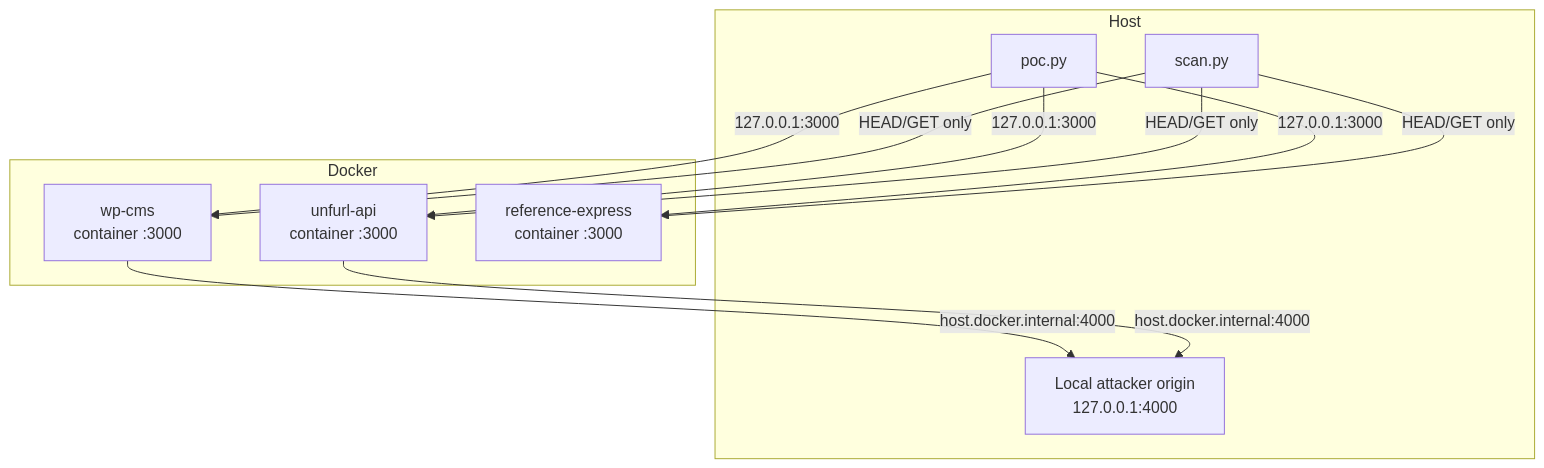
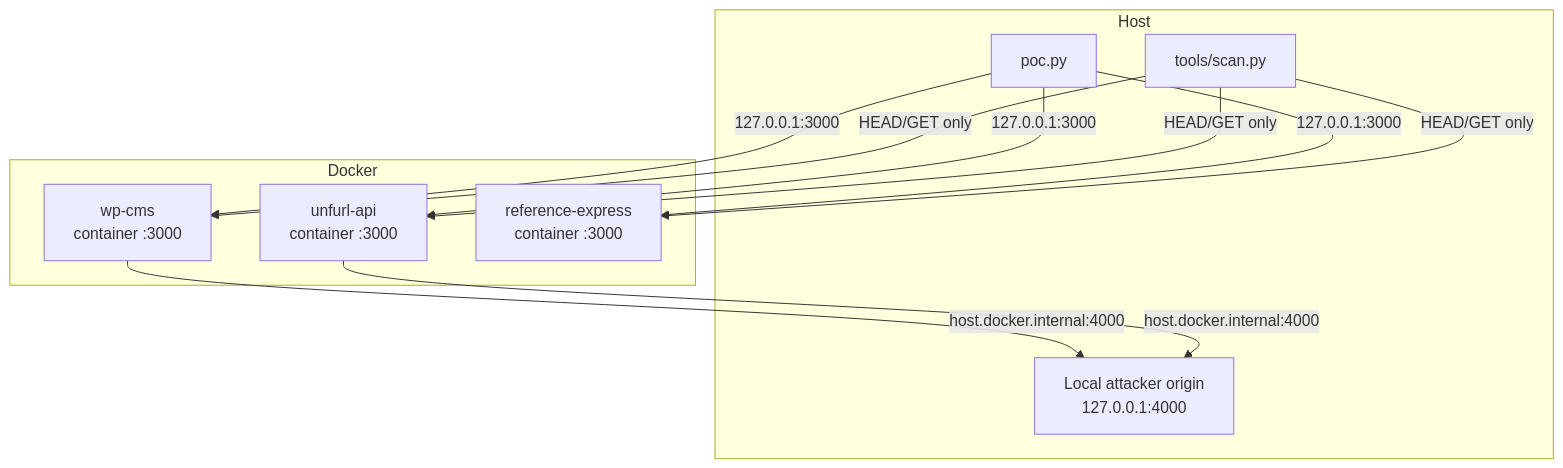
The first of 2 diagrams in docs/architecture.md (delvin-45/node2shell-lab-poc), drawn with Mermaid before and after one commit. The commit also changed other lines of this file and 78 other files, not shown here.

````diff
--- a/docs/architecture.md
+++ b/docs/architecture.md
@@ -20,21 +20,21 @@
 ```mermaid
 flowchart TB
   subgraph Host
     P[poc.py]
     O[Local attacker origin<br/>127.0.0.1:4000]
-    S[scan.py]
+    S[tools/scan.py]
   end
   subgraph Docker
     A[wp-cms<br/>container :3000]
     B[unfurl-api<br/>container :3000]
     R[reference-express<br/>container :3000]
   end
   P -->|127.0.0.1:3000| A
   P -->|127.0.0.1:3000| B
   P -->|127.0.0.1:3000| R
   A -->|host.docker.internal:4000| O
   B -->|host.docker.internal:4000| O
   S -->|HEAD/GET only| A
   S -->|HEAD/GET only| B
   S -->|HEAD/GET only| R
 ```
````
